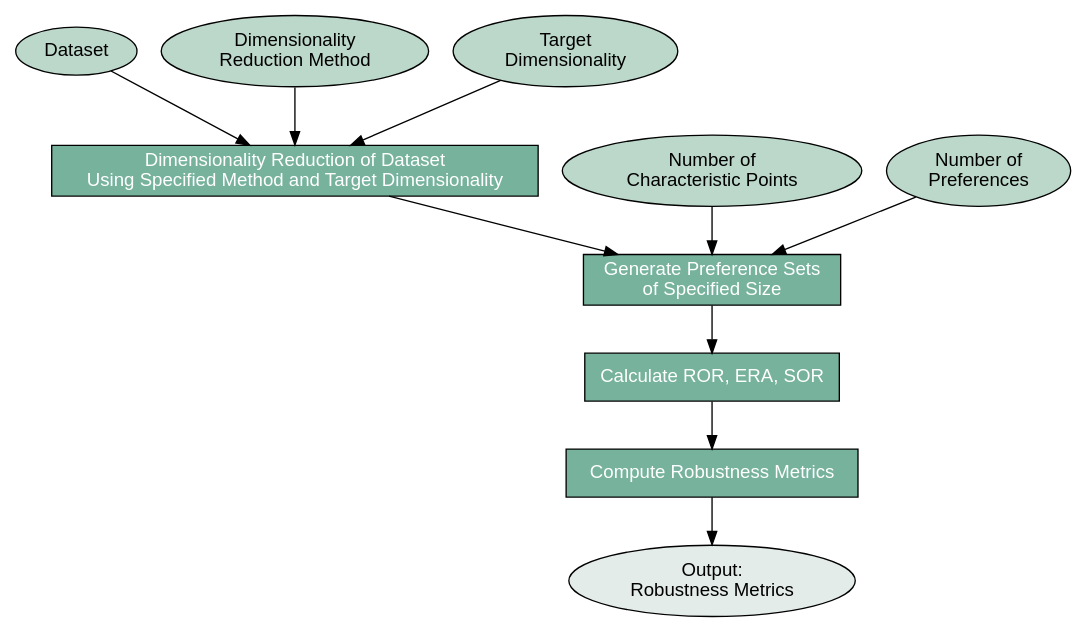
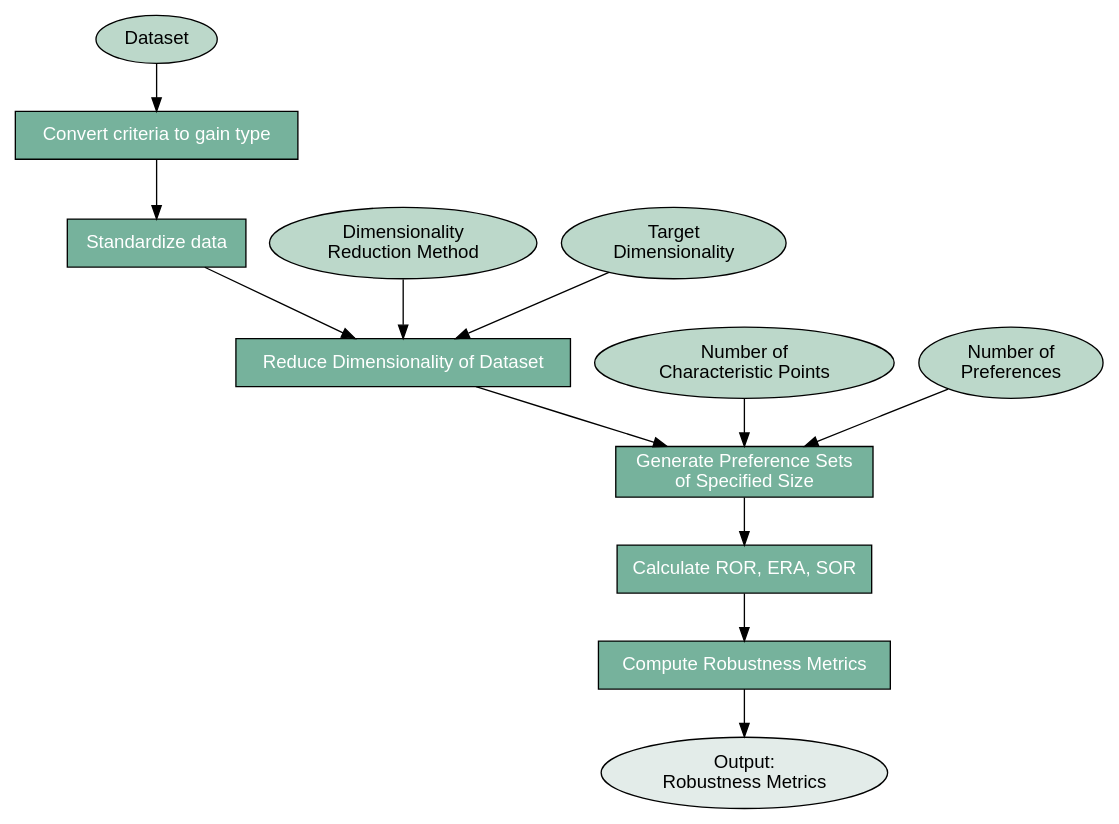
Before and after one commit to anras5/ordinal-regression-reduced: the diagram in src/data/_miscellaneous/graph.dot, drawn with Graphviz. The commit also changed 3 other files, not shown here.

Commit message:
feat: moving files, new pipeline graph, add dataset comparison jupyter

```diff
--- a/src/data/_miscellaneous/graph.dot
+++ b/src/data/_miscellaneous/graph.dot
@@ -1,26 +1,30 @@
 digraph Experiment {
     node [shape=box, style=filled, fontname="Helvetica"];
 
     Dataset     [label="Dataset", fillcolor="#BCD8CA", shape=ellipse];
     Method      [label="Dimensionality\nReduction Method", fillcolor="#BCD8CA", shape=ellipse];
     Dim         [label="Target\nDimensionality", fillcolor="#BCD8CA", shape=ellipse];
     Points      [label="Number of\nCharacteristic Points", fillcolor="#BCD8CA", shape=ellipse];
     Preferences [label="Number of\nPreferences", fillcolor="#BCD8CA", shape=ellipse];
 
-    DimRed [label="Dimensionality Reduction of Dataset\nUsing Specified Method and Target Dimensionality", fillcolor="#76B29C", fontcolor="white"];
+	Convert [label="Convert criteria to gain type", fillcolor="#76B29C", fontcolor="white"];
+	Standardize [label="Standardize data", fillcolor="#76B29C", fontcolor="white"];
+    DimRed [label="Reduce Dimensionality of Dataset", fillcolor="#76B29C", fontcolor="white"];
     PrefSearch [label="Generate Preference Sets\nof Specified Size", fillcolor="#76B29C", fontcolor=white];
     UTA     [label="Calculate ROR, ERA, SOR", fillcolor="#76B29C", fontcolor=white];
     Metrics [label="Compute Robustness Metrics", fillcolor="#76B29C", fontcolor=white];
 
     Output  [label="Output:\nRobustness Metrics", fillcolor="#E3ECE9", shape=ellipse];
 
-    Dataset -> DimRed;
+    Dataset -> Convert;
+	Convert -> Standardize;
+	Standardize -> DimRed;
     Method -> DimRed;
     Dim -> DimRed;
     Points -> PrefSearch;
     Preferences -> PrefSearch;
     DimRed -> PrefSearch;
     PrefSearch -> UTA;
     UTA -> Metrics;
     Metrics -> Output;
 }
```
